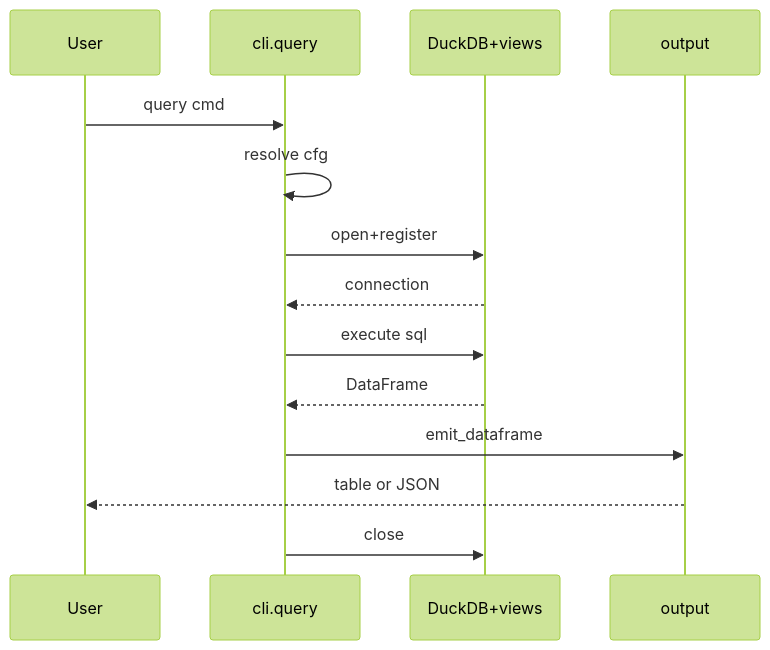
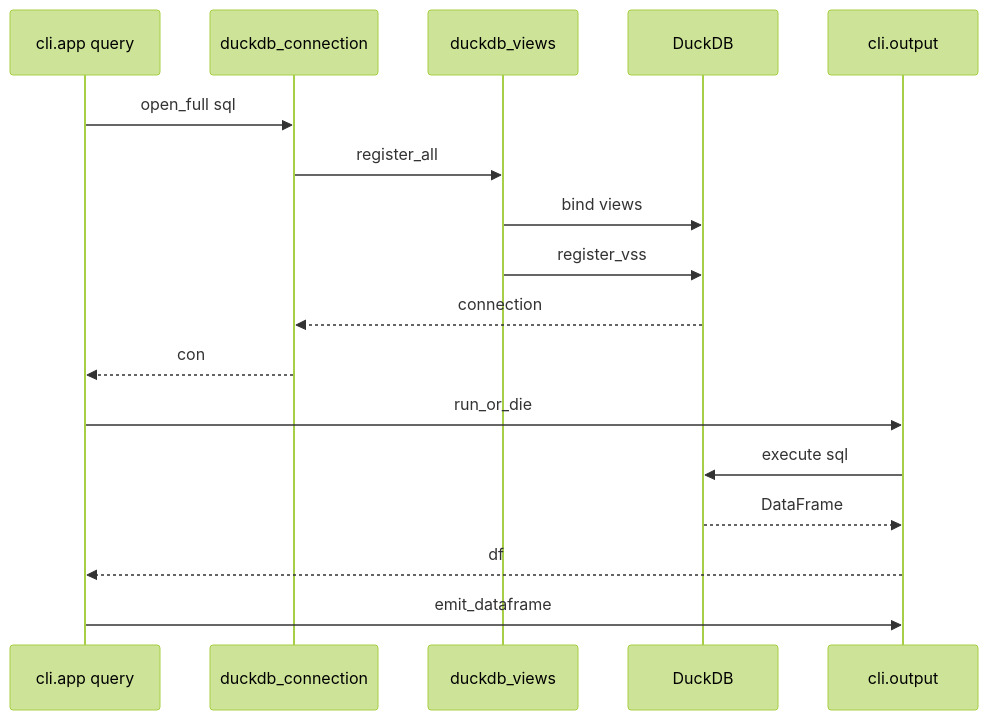
The first of 3 diagrams in docs/diagrams/behavioral/sequences.md (theagenticguy/claude-sql), drawn with Mermaid (forest theme) before and after one commit. The commit also changed other lines of this file and 279 other files, not shown here.

First line of the commit message:
feat(v2)!: hexagonal architecture — domain/application/infrastructure/interfaces (#159)

````diff
--- a/docs/diagrams/behavioral/sequences.md
+++ b/docs/diagrams/behavioral/sequences.md
@@ -14,17 +20,20 @@
 ```mermaid
 sequenceDiagram
-    participant User
-    participant CLI as cli.query
-    participant DuckDB as DuckDB+views
-    participant Out as output
+    participant CLI as cli.app query
+    participant Conn as duckdb_connection
+    participant Views as duckdb_views
+    participant DuckDB as DuckDB
+    participant Out as cli.output
 
-    User->>CLI: query cmd
-    CLI->>CLI: resolve cfg
-    CLI->>DuckDB: open+register
-    DuckDB-->>CLI: connection
-    CLI->>DuckDB: execute sql
-    DuckDB-->>CLI: DataFrame
+    CLI->>Conn: open_full sql
+    Conn->>Views: register_all
+    Views->>DuckDB: bind views
+    Views->>DuckDB: register_vss
+    DuckDB-->>Conn: connection
+    Conn-->>CLI: con
+    CLI->>Out: run_or_die
+    Out->>DuckDB: execute sql
+    DuckDB-->>Out: DataFrame
+    Out-->>CLI: df
     CLI->>Out: emit_dataframe
-    Out-->>User: table or JSON
-    CLI->>DuckDB: close
 ```
````
